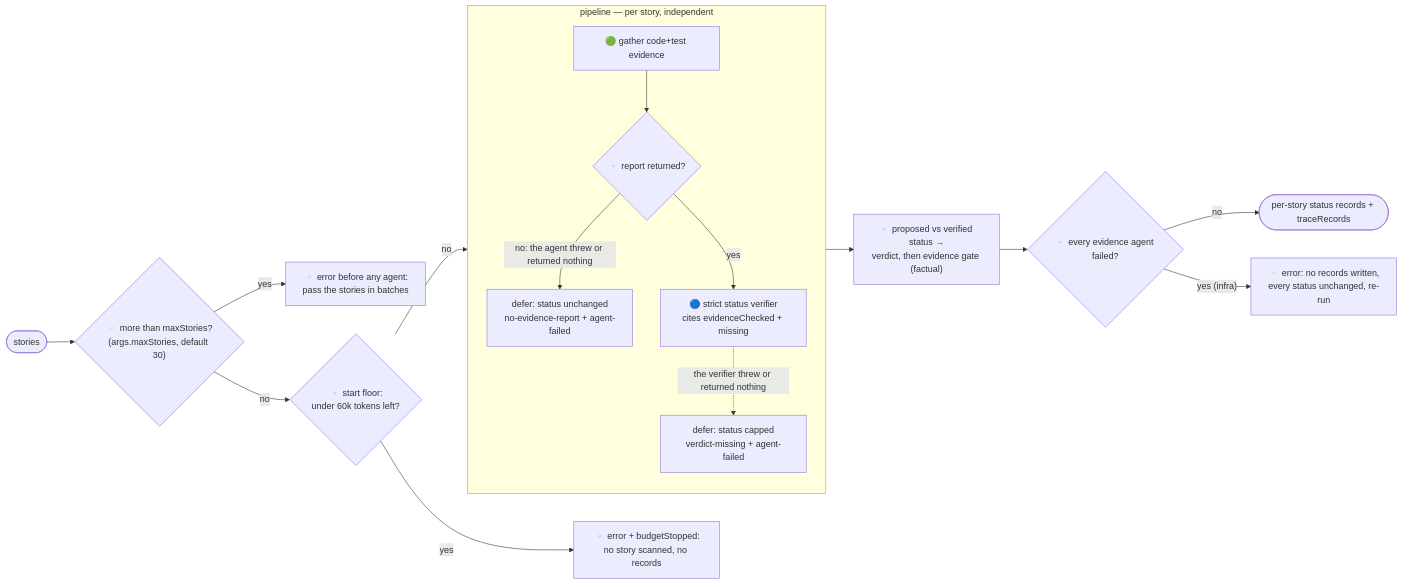
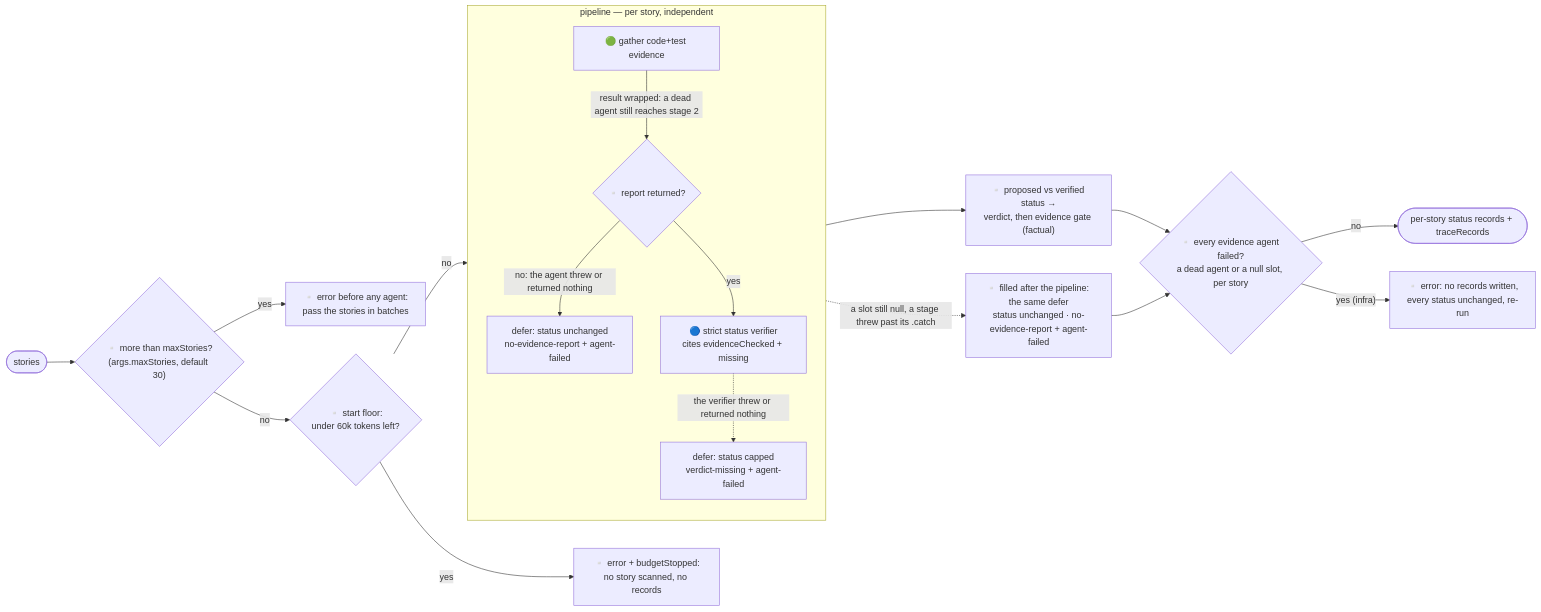
One commit to dominno/loop-setup changed the third of 7 diagrams in docs/workflow-graphs.md. Above: the diagram before and after it, drawn with Mermaid. The commit also changed other lines of this file and 3 other files, not shown here.

First line of the commit message:
Pipeline fidelity: a dead first-stage agent never vanishes; the harness mirrors the engine

````diff
--- a/docs/workflow-graphs.md
+++ b/docs/workflow-graphs.md
@@ -156,18 +161,20 @@
 ```mermaid
 flowchart LR
   stories([stories]) --> ms{"▫️ more than maxStories?<br/>(args.maxStories, default 30)"}
   ms -- yes --> merr[▫️ error before any agent:<br/>pass the stories in batches]
   ms -- no --> sf{"▫️ start floor:<br/>under 60k tokens left?"}
   sf -- yes --> berr[▫️ error + budgetStopped:<br/>no story scanned, no records]
   sf -- no --> P
   subgraph P["pipeline — per story, independent"]
-    e[🟢 gather code+test evidence] --> nr{▫️ report returned?}
+    e[🟢 gather code+test evidence] -- "result wrapped: a dead agent still reaches stage 2" --> nr{▫️ report returned?}
     nr -- "no: the agent threw or returned nothing" --> d0[defer: status unchanged<br/>no-evidence-report + agent-failed]
     nr -- yes --> v[🔵 strict status verifier<br/>cites evidenceChecked + missing]
     v -.->|the verifier threw or returned nothing| d1[defer: status capped<br/>verdict-missing + agent-failed]
   end
   P --> map["▫️ proposed vs verified status →<br/>verdict, then evidence gate (factual)"]
-  map --> allf{"▫️ every evidence agent failed?"}
+  P -.->|a slot still null, a stage threw past its .catch| lost[▫️ filled after the pipeline: the same defer<br/>status unchanged · no-evidence-report + agent-failed]
+  map --> allf{"▫️ every evidence agent failed?<br/>a dead agent or a null slot, per story"}
+  lost --> allf
   allf -- no --> out([per-story status records + traceRecords])
   allf -- "yes (infra)" --> err[▫️ error: no records written,<br/>every status unchanged, re-run]
 ```
````
